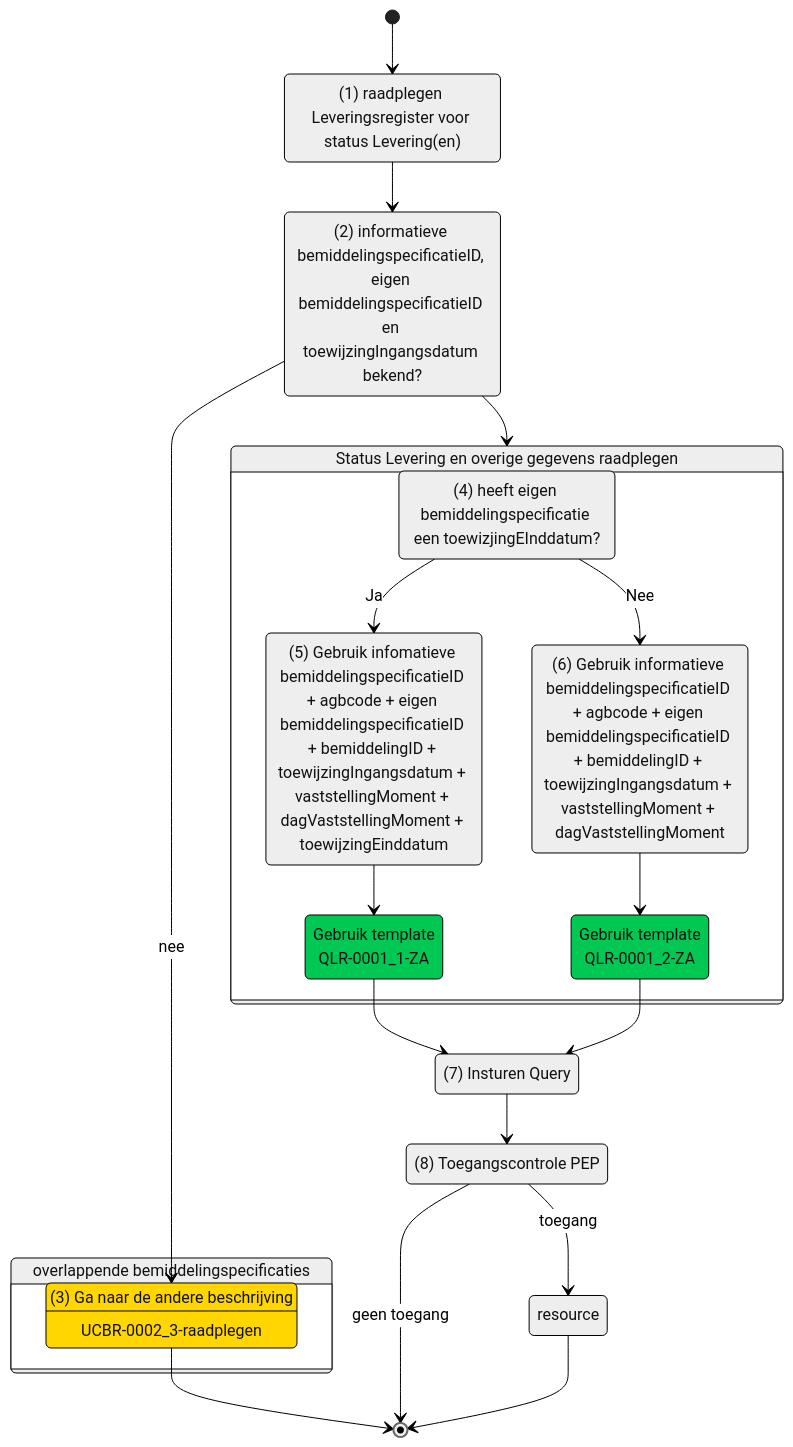
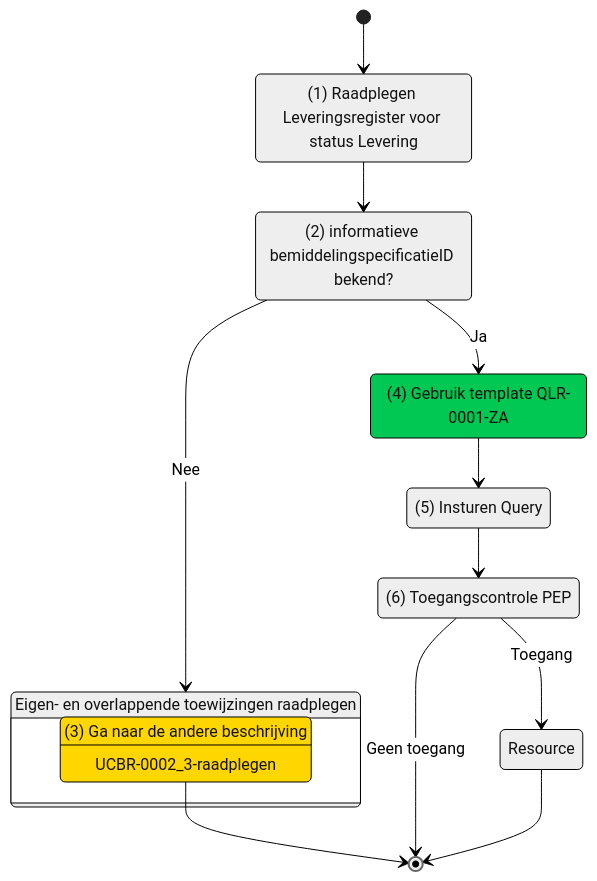
The second of 2 diagrams in raadplegen/aanbieder/UCLR-0001-raadplegen.md (iStandaarden/iWlz-levering), drawn with Mermaid before and after one commit. The commit also changed other lines of this file and 16 other files, not shown here.

Commit message:
review query templates en toegangscontrole

````diff
--- a/raadplegen/aanbieder/UCLR-0001-raadplegen.md
+++ b/raadplegen/aanbieder/UCLR-0001-raadplegen.md
@@ -55,52 +55,40 @@
 ```mermaid
 ---
 config:
   theme: neutral
   look: classic
 ---
 stateDiagram
   direction TB
-  state bemiddelingspecificatie {
+  state s4 {
     direction TB
-    notifyWait
+    s4_1
   }
-  state s3 {
-    direction TB
-    s6 --> raadplegen1:Ja
-    s6 --> s4:Nee
-    raadplegen1 --> query
-    s4 --> s7
-    s6
-    raadplegen1
-    s4
-    query
-    s7
-  }
-  [*] --> raadplegen
-  raadplegen --> idAvailable
-  idAvailable --> notifyWait:nee
-  notifyWait --> [*]
-  query --> SENT
-  SENT --> PEP
-  PEP --> [*]:geen toegang
-  PEP --> resource:toegang
-  resource --> [*]
-  idAvailable --> s3
-  s7 --> SENT
-  bemiddelingspecificatie:overlappende bemiddelingspecificaties
-  notifyWait:(3) Ga naar de andere beschrijving
-notifyWait:UCBR-0002_3-raadplegen
 
-  s3:Status Levering en overige gegevens raadplegen
-  s6:(4) heeft eigen bemiddelingspecificatie een toewizjingEInddatum?
-  raadplegen1:(5) Gebruik infomatieve bemiddelingspecificatieID + agbcode + eigen bemiddelingspecificatieID + bemiddelingID + toewijzingIngangsdatum + vaststellingMoment + dagVaststellingMoment + toewijzingEinddatum
-  s4:(6) Gebruik informatieve bemiddelingspecificatieID + agbcode + eigen bemiddelingspecificatieID + bemiddelingID + toewijzingIngangsdatum + vaststellingMoment + dagVaststellingMoment
-  query:Gebruik template <br>QLR-0001_1-ZA
-  s7:Gebruik template <br>QLR-0001_2-ZA
-  raadplegen:(1) raadplegen Leveringsregister voor status Levering(en)
-  idAvailable:(2) informatieve bemiddelingspecificatieID, eigen bemiddelingspecificatieID en toewijzingIngangsdatum bekend?
-  SENT:(7) Insturen Query
-  PEP:(8) Toegangscontrole PEP
-  style notifyWait fill:#FFD600
-  style query,s7 fill:#00C853
+  s1 --> s2
+  s2 --> s4:Nee
+  [*] --> s1
+  s4_1 --> [*]
+  s2 --> s6:Ja
+  s6 --> s13
+  s13 --> s14
+  s14 --> s15:Toegang
+  s14 --> [*]:Geen toegang
+  s15 --> [*]
+
+    s1:(1) Raadplegen Leveringsregister voor status Levering
+    s2:(2) informatieve bemiddelingspecificatieID bekend?
+    s4:Eigen- en overlappende toewijzingen raadplegen
+    s4_1:(3) Ga naar de andere beschrijving
+    s4_1: UCBR-0002_3-raadplegen
+
+    s6: (4) Gebruik template QLR-0001-ZA
+
+
+  s13:(5) Insturen Query
+  s14:(6) Toegangscontrole PEP
+  s15:Resource
+  style s4_1 fill:#FFD600
+  style s6 fill:#00C853
+
 ```
````
